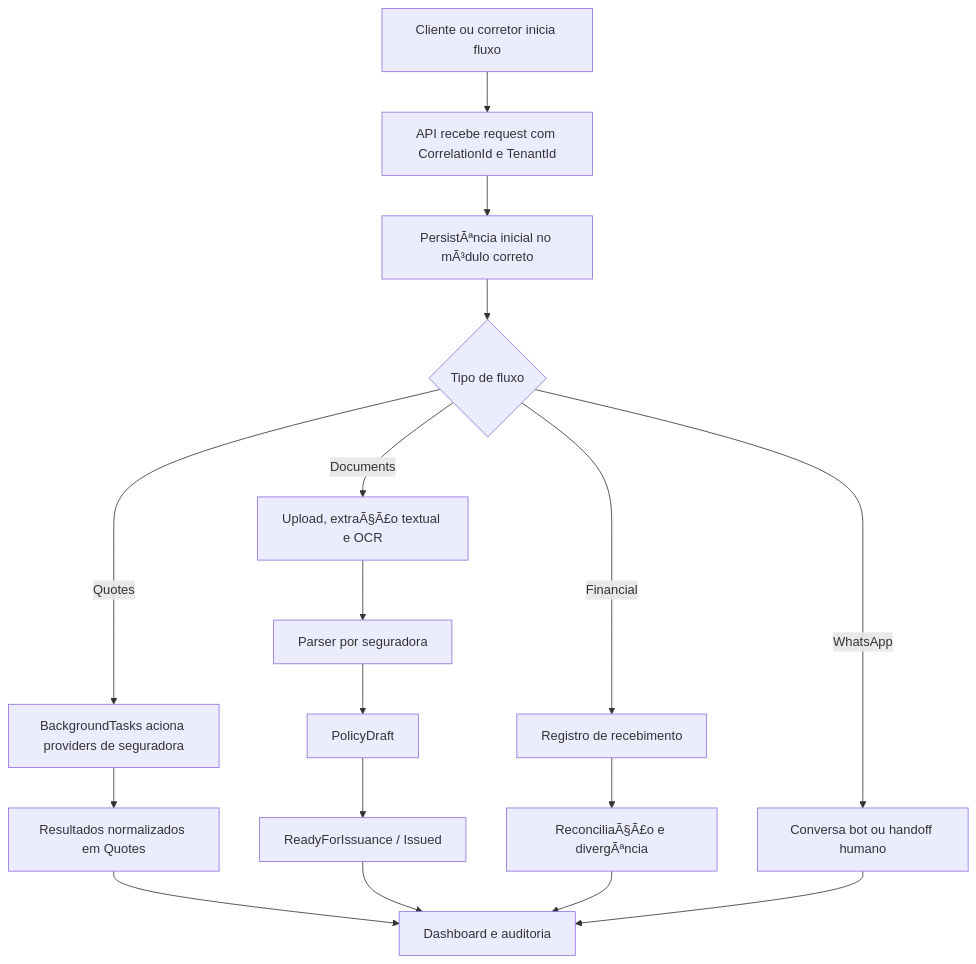
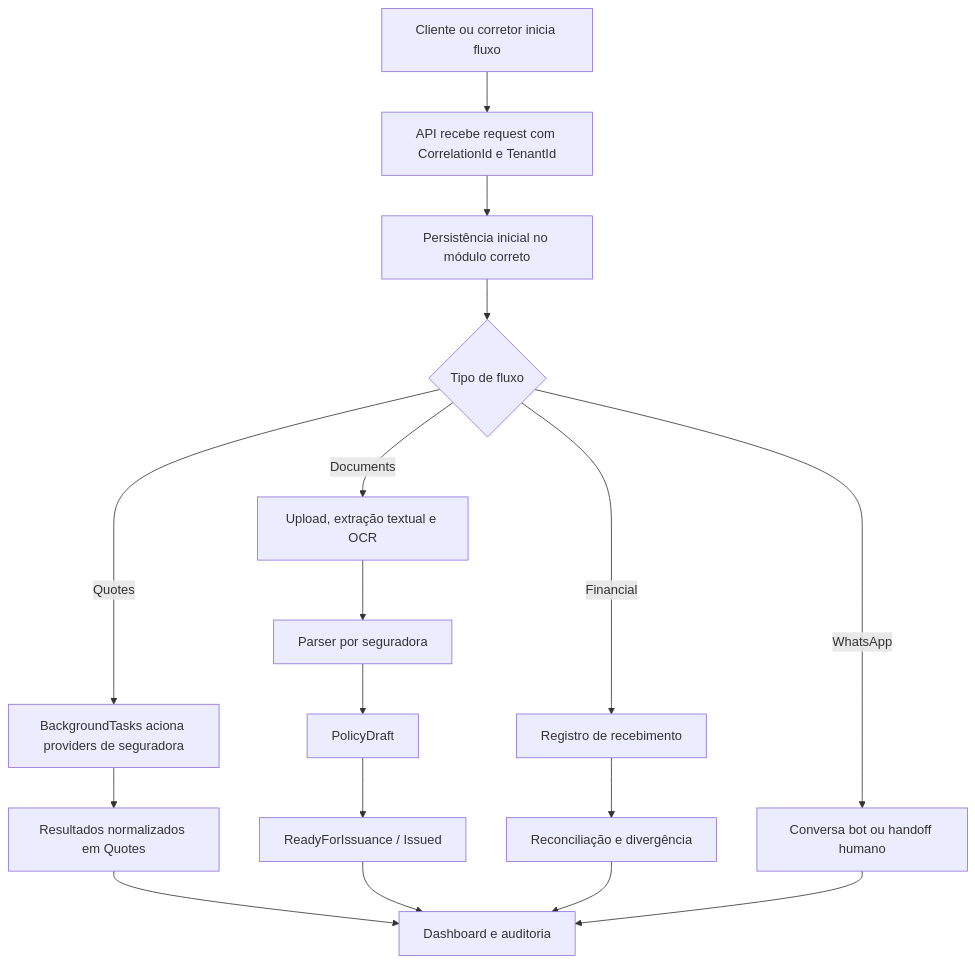
Before and after one commit to Wassis-ERP/WAssisBE: the diagram in README.md, drawn with Mermaid. The commit also changed other lines of this file and 33 other files, not shown here.

````diff
--- a/README.md
+++ b/README.md
@@ -92,19 +106,19 @@
 ```mermaid
 flowchart TD
     A[Cliente ou corretor inicia fluxo] --> B[API recebe request com CorrelationId e TenantId]
-    B --> C[PersistÃªncia inicial no mÃ³dulo correto]
+    B --> C[Persistência inicial no módulo correto]
     C --> D{Tipo de fluxo}
     D -- Quotes --> E[BackgroundTasks aciona providers de seguradora]
     E --> F[Resultados normalizados em Quotes]
-    D -- Documents --> G[Upload, extraÃ§Ã£o textual e OCR]
+    D -- Documents --> G[Upload, extração textual e OCR]
     G --> H[Parser por seguradora]
     H --> I[PolicyDraft]
     I --> J[ReadyForIssuance / Issued]
     D -- Financial --> K[Registro de recebimento]
-    K --> L[ReconciliaÃ§Ã£o e divergÃªncia]
+    K --> L[Reconciliação e divergência]
     D -- WhatsApp --> M[Conversa bot ou handoff humano]
     F --> N[Dashboard e auditoria]
     J --> N
     L --> N
     M --> N
 ```
````
